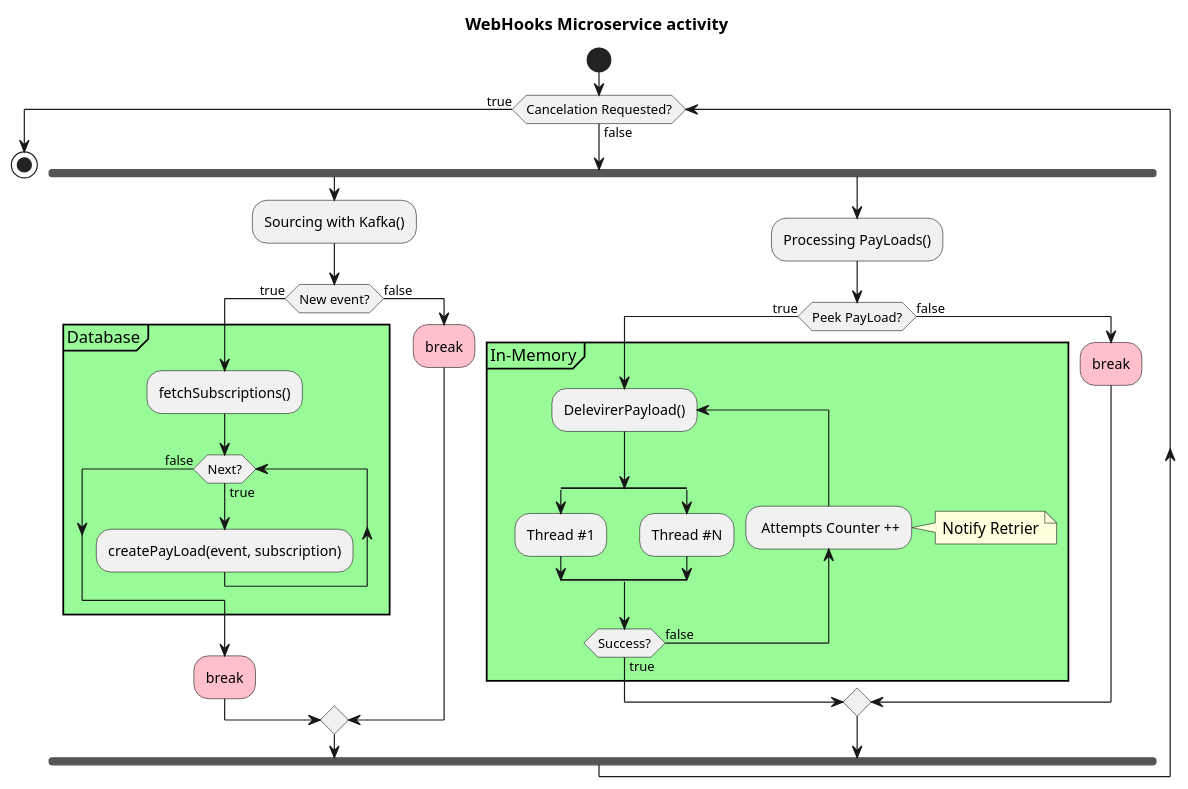
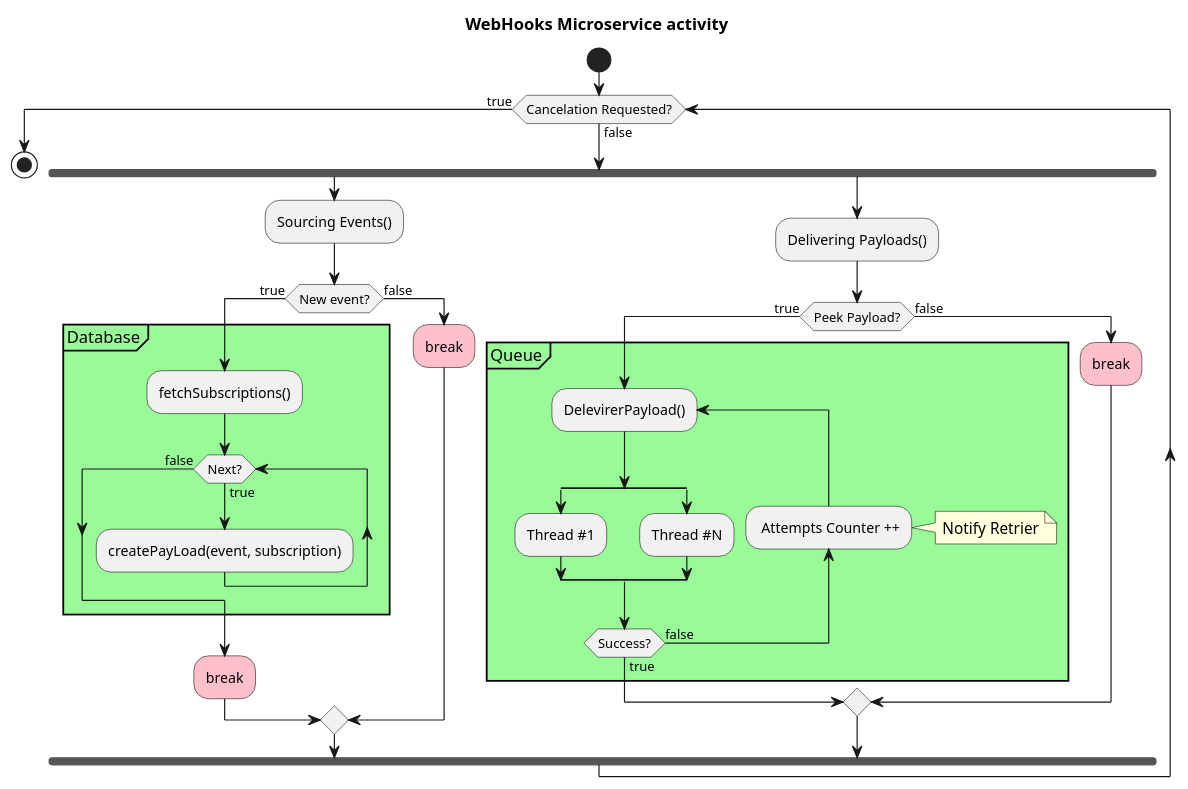
One commit to kgonsovsky/WebHook changed the diagram in activity.wsd. Above: the diagram before and after it, drawn with PlantUML. The commit also changed 13 other files, not shown here.

```diff
--- a/activity.wsd
+++ b/activity.wsd
@@ -1,53 +1,57 @@
 @startuml
+'left to right direction
+
 title WebHooks Microservice activity
+
 start
 
 while (Cancelation Requested?) is (false)
 
+
 fork
-    :Sourcing with Kafka();
+    :Sourcing Events();
 
     if (New event?) then (true)
         partition #PaleGreen Database {
             :fetchSubscriptions();
             while (Next?) is (true)
             :createPayLoad(event, subscription);
             endwhile (false)
         }
         #pink :break;
     else (false)
         #pink :break;
     endif
 
 
 fork again
-    :Processing PayLoads();
-    if (Peek PayLoad?) then (true)
-        partition #PaleGreen In-Memory {
+    :Delivering Payloads();
+    if (Peek Payload?) then (true)
+        partition #PaleGreen Queue {
 
             repeat :DelevirerPayload()
 
             split
                 :Thread #1;
                 split again
                 :Thread #N;
             end split
 
             backward : Attempts Counter ++;
             note right: Notify Retrier
 
             repeat while (Success?) is (false) not (true)
         }
     else (false)
         #pink :break;
     endif
 
 end fork
 
 endwhile (true)
 
 stop
 
 
 
 @enduml
```
